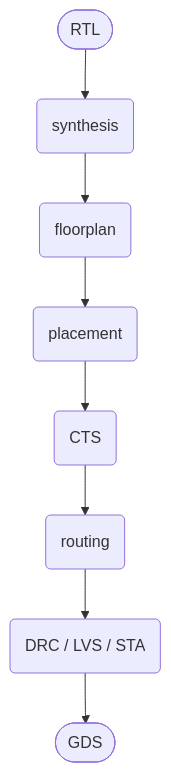
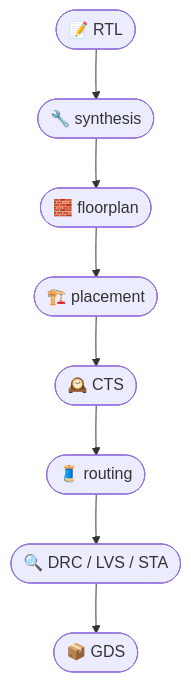
Before and after one commit to Samizo-AITL/Edusemi-v4x: the diagram in d_chapter7_automation_and_verification/openlane_validation.md, drawn with Mermaid. The commit also changed other lines of this file, not shown here.

````diff
--- a/d_chapter7_automation_and_verification/openlane_validation.md
+++ b/d_chapter7_automation_and_verification/openlane_validation.md
@@ -32,13 +31,13 @@
 ```mermaid
 flowchart TD
-    RTL([RTL])
-    SYN(synthesis)
-    FP(floorplan)
-    PLC(placement)
-    CTS(CTS)
-    RT(routing)
-    VERIF(DRC / LVS / STA)
-    GDS([GDS])
+    RTL([📝 RTL])
+    SYN([🔧 synthesis])
+    FP([🧱 floorplan])
+    PLC([🏗️ placement])
+    CTS([🕰️ CTS])
+    RT([🧵 routing])
+    VERIF([🔍 DRC / LVS / STA])
+    GDS([📦 GDS])
 
     RTL --> SYN --> FP --> PLC --> CTS --> RT --> VERIF --> GDS
 ```
````
